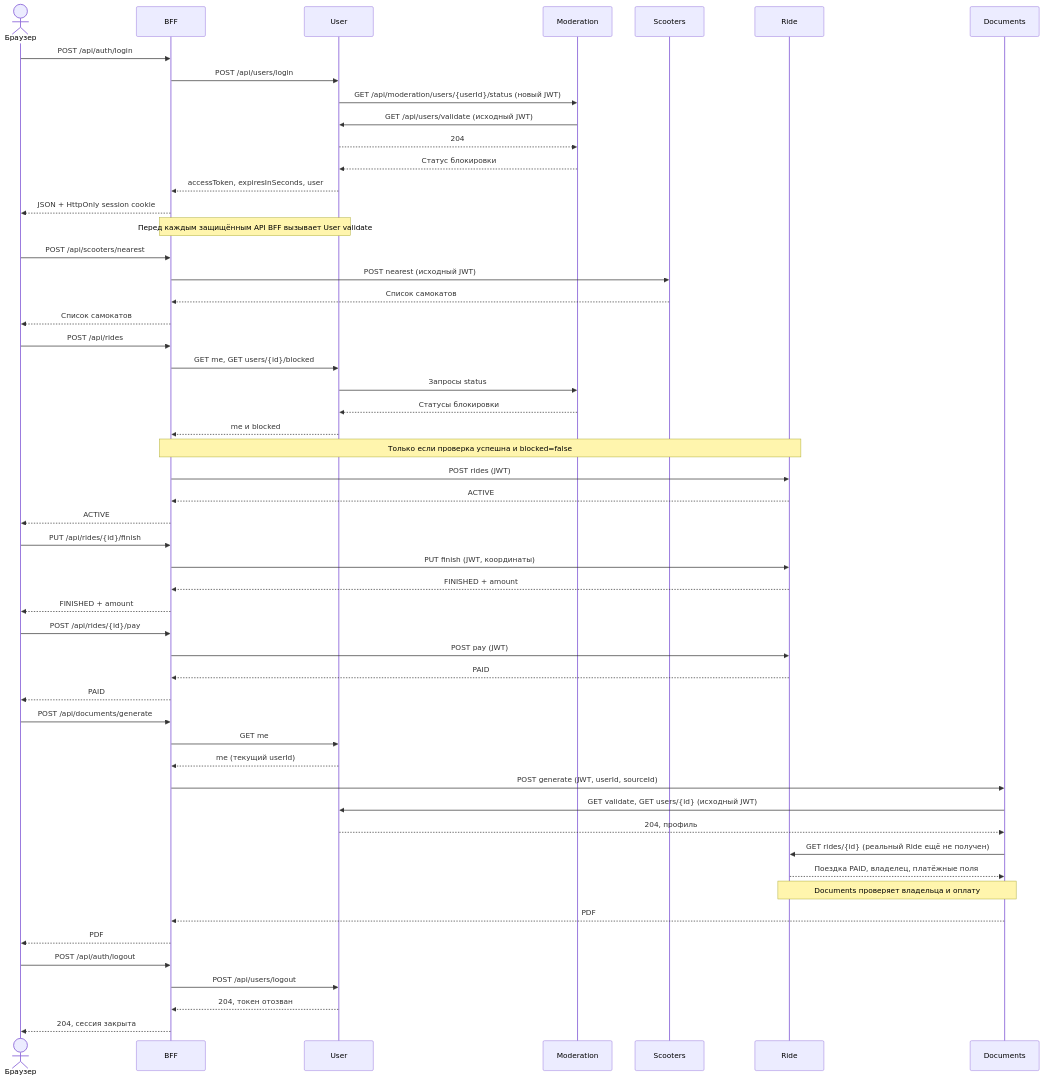
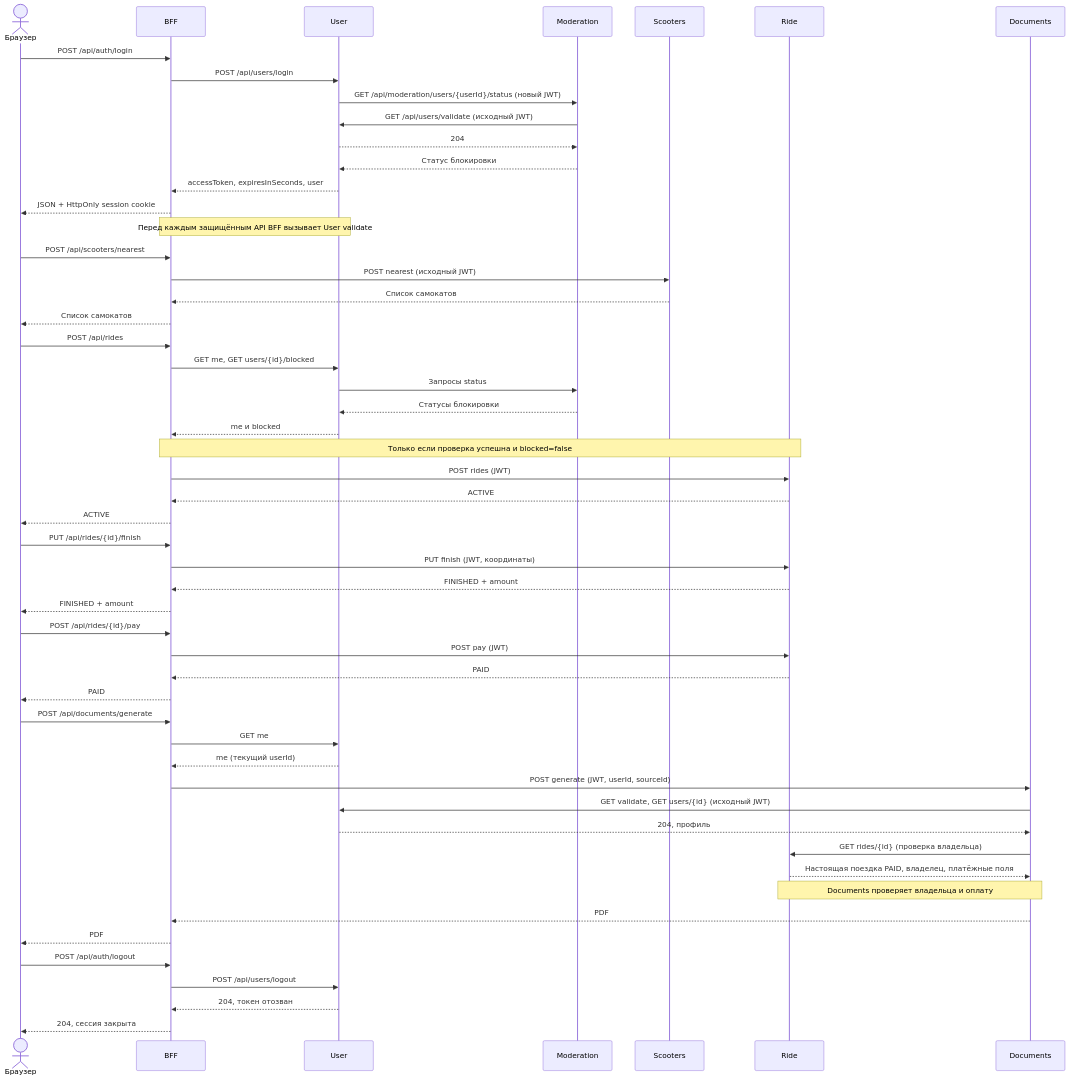
The diagram in docs/API_CONTRACTS.md (SdKS454/bff), drawn with Mermaid before and after one commit. The commit also changed other lines of this file and 206 other files, not shown here.

````diff
--- a/docs/API_CONTRACTS.md
+++ b/docs/API_CONTRACTS.md
@@ -667,55 +719,55 @@
 ```mermaid
 sequenceDiagram
     actor Client as Браузер
     participant BFF
     participant User
     participant Mod as Moderation
     participant Scooters
     participant Ride
     participant Docs as Documents
     Client->>BFF: POST /api/auth/login
     BFF->>User: POST /api/users/login
     User->>Mod: GET /api/moderation/users/{userId}/status (новый JWT)
     Mod->>User: GET /api/users/validate (исходный JWT)
     User-->>Mod: 204
     Mod-->>User: Статус блокировки
     User-->>BFF: accessToken, expiresInSeconds, user
     BFF-->>Client: JSON + HttpOnly session cookie
     Note over BFF,User: Перед каждым защищённым API BFF вызывает User validate
     Client->>BFF: POST /api/scooters/nearest
     BFF->>Scooters: POST nearest (исходный JWT)
     Scooters-->>BFF: Список самокатов
     BFF-->>Client: Список самокатов
     Client->>BFF: POST /api/rides
     BFF->>User: GET me, GET users/{id}/blocked
     User->>Mod: Запросы status
     Mod-->>User: Статусы блокировки
     User-->>BFF: me и blocked
     Note over BFF,Ride: Только если проверка успешна и blocked=false
     BFF->>Ride: POST rides (JWT)
     Ride-->>BFF: ACTIVE
     BFF-->>Client: ACTIVE
     Client->>BFF: PUT /api/rides/{id}/finish
     BFF->>Ride: PUT finish (JWT, координаты)
     Ride-->>BFF: FINISHED + amount
     BFF-->>Client: FINISHED + amount
     Client->>BFF: POST /api/rides/{id}/pay
     BFF->>Ride: POST pay (JWT)
     Ride-->>BFF: PAID
     BFF-->>Client: PAID
     Client->>BFF: POST /api/documents/generate
     BFF->>User: GET me
     User-->>BFF: me (текущий userId)
     BFF->>Docs: POST generate (JWT, userId, sourceId)
     Docs->>User: GET validate, GET users/{id} (исходный JWT)
     User-->>Docs: 204, профиль
-    Docs->>Ride: GET rides/{id} (реальный Ride ещё не получен)
-    Ride-->>Docs: Поездка PAID, владелец, платёжные поля
+    Docs->>Ride: GET rides/{id} (проверка владельца)
+    Ride-->>Docs: Настоящая поездка PAID, владелец, платёжные поля
     Note over Docs,Ride: Documents проверяет владельца и оплату
     Docs-->>BFF: PDF
     BFF-->>Client: PDF
     Client->>BFF: POST /api/auth/logout
     BFF->>User: POST /api/users/logout
     User-->>BFF: 204, токен отозван
     BFF-->>Client: 204, сессия закрыта
 ```
````
